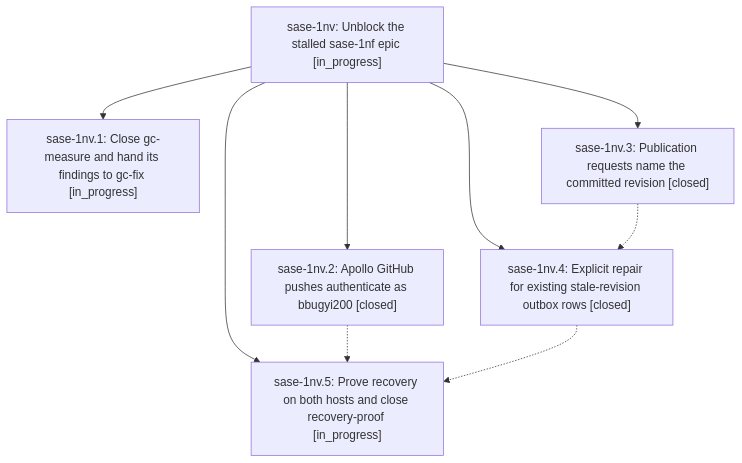
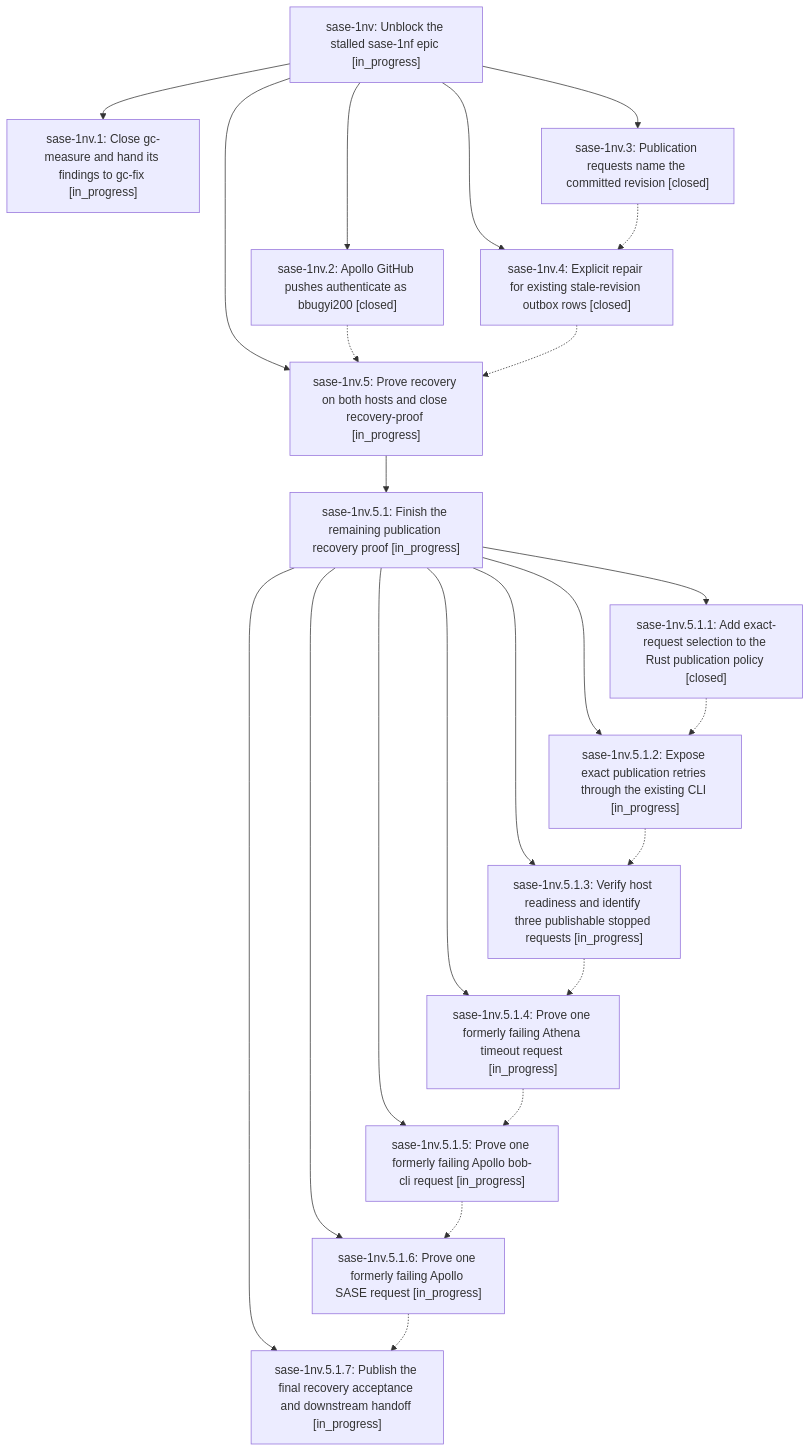
The diagram in pages/sase-1nv/README.md (sase-org/sase--beads), drawn with Mermaid before and after one commit. The commit also changed other lines of this file and 9 other files, not shown here.

````diff
--- a/pages/sase-1nv/README.md
+++ b/pages/sase-1nv/README.md
@@ -38,17 +42,39 @@
 ```mermaid
 flowchart TD
     n0["sase-1nv: Unblock the stalled sase-1nf epic [in_progress]"]
     n1["sase-1nv.1: Close gc-measure and hand its findings to gc-fix [in_progress]"]
     n2["sase-1nv.2: Apollo GitHub pushes authenticate as bbugyi200 [closed]"]
     n3["sase-1nv.3: Publication requests name the committed revision [closed]"]
     n4["sase-1nv.4: Explicit repair for existing stale-revision outbox rows [closed]"]
     n5["sase-1nv.5: Prove recovery on both hosts and close recovery-proof [in_progress]"]
+    n6["sase-1nv.5.1: Finish the remaining publication recovery proof [in_progress]"]
+    n7["sase-1nv.5.1.1: Add exact-request selection to the Rust publication policy [closed]"]
+    n8["sase-1nv.5.1.2: Expose exact publication retries through the existing CLI [in_progress]"]
+    n9["sase-1nv.5.1.3: Verify host readiness and identify three publishable stopped requests [in_progress]"]
+    n10["sase-1nv.5.1.4: Prove one formerly failing Athena timeout request [in_progress]"]
+    n11["sase-1nv.5.1.5: Prove one formerly failing Apollo bob-cli request [in_progress]"]
+    n12["sase-1nv.5.1.6: Prove one formerly failing Apollo SASE request [in_progress]"]
+    n13["sase-1nv.5.1.7: Publish the final recovery acceptance and downstream handoff [in_progress]"]
     n0 --> n1
     n0 --> n2
     n0 --> n3
     n0 --> n4
     n0 --> n5
+    n5 --> n6
+    n6 --> n7
+    n6 --> n8
+    n6 --> n9
+    n6 --> n10
+    n6 --> n11
+    n6 --> n12
+    n6 --> n13
     n2 -.-> n5
     n3 -.-> n4
     n4 -.-> n5
+    n7 -.-> n8
+    n8 -.-> n9
+    n9 -.-> n10
+    n10 -.-> n11
+    n11 -.-> n12
+    n12 -.-> n13
 ```
````
